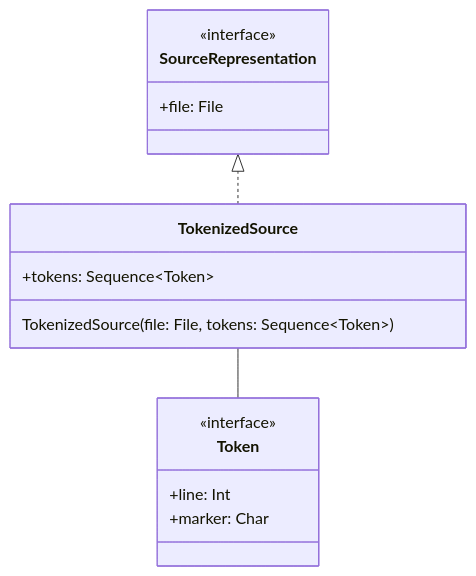
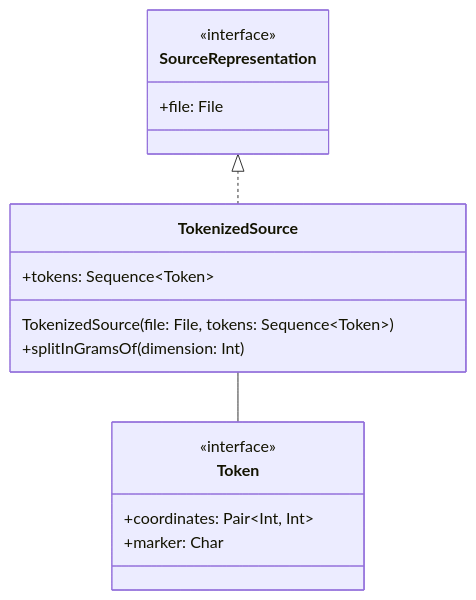
Before and after one commit to tassiLuca/code-plagiarism-detector-doc: the ninth of 11 diagrams in doc.md, drawn with Mermaid. The commit also changed other lines of this file, not shown here.

````diff
--- a/doc.md
+++ b/doc.md
@@ -342,20 +342,21 @@
 ```mermaid
 classDiagram
     direction BT
     class SourceRepresentation {
         <<interface>>
         +file: File
     }
     class TokenizedSource {
         +tokens: Sequence~Token~
         TokenizedSource(file: File, tokens: Sequence~Token~)
+        +splitInGramsOf(dimension: Int)
     }
     TokenizedSource ..|> SourceRepresentation
 
     class Token {
         <<interface>>
-        +line: Int
+        +coordinates: Pair~Int, Int~
         +marker: Char
     }
     Token -- TokenizedSource
 ```
````
